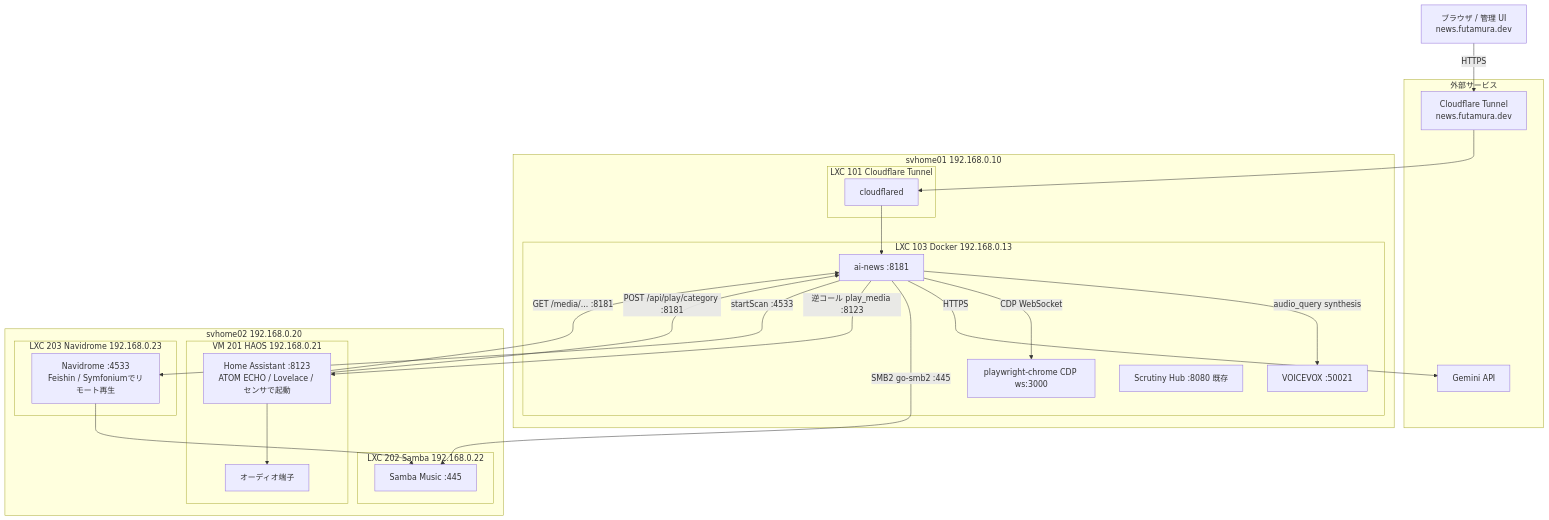
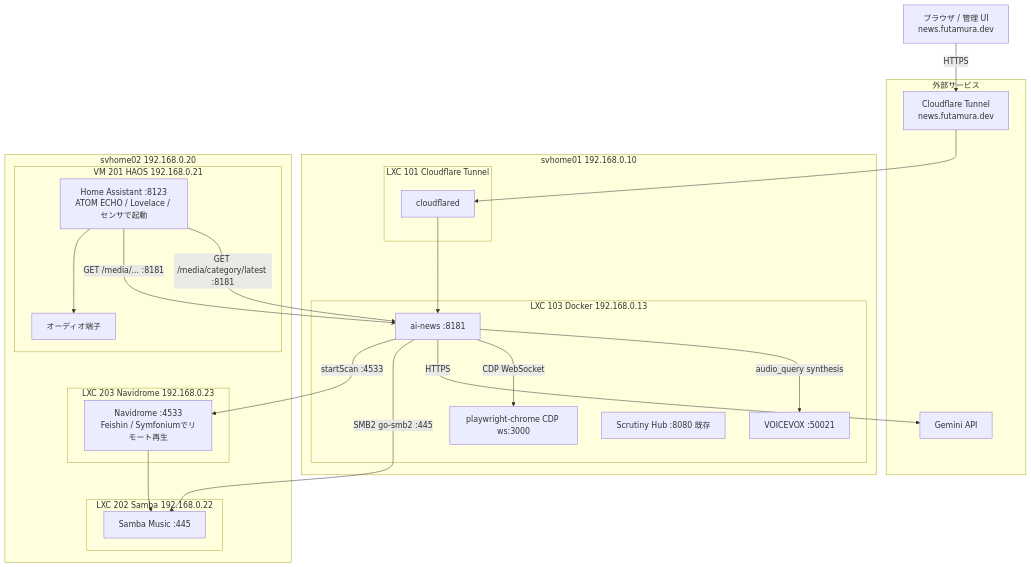
One commit to svhome01/ai-news changed the first of 13 diagrams in PLAN.md. Above: the diagram before and after it, drawn with Mermaid. The commit also changed other lines of this file, not shown here.

Commit message:
Refactor audio playback flow in PLAN.md to clarify Home Assistant integration and remove unnecessary API calls

````diff
--- a/PLAN.md
+++ b/PLAN.md
@@ -35,50 +35,49 @@
 ```mermaid
 flowchart TD
     CLIENT["ブラウザ / 管理 UI<br/>news.futamura.dev"]
 
     subgraph EXT[外部サービス]
         CF["Cloudflare Tunnel<br/>news.futamura.dev"]
         GEMINI[Gemini API]
     end
 
     subgraph SV1[svhome01 192.168.0.10]
         subgraph LXC101[LXC 101 Cloudflare Tunnel]
             CFD[cloudflared]
         end
         subgraph LXC103[LXC 103 Docker 192.168.0.13]
             AINEWS[ai-news :8181]
             VVX[VOICEVOX :50021]
             PWC[playwright-chrome CDP ws:3000]
             SCR[Scrutiny Hub :8080 既存]
         end
     end
 
     subgraph SV2[svhome02 192.168.0.20]
         subgraph VM201[VM 201 HAOS 192.168.0.21]
             HA["Home Assistant :8123<br/>ATOM ECHO / Lovelace / センサで起動"]
             SPK[オーディオ端子]
         end
         subgraph LXC202[LXC 202 Samba 192.168.0.22]
             SMB[Samba Music :445]
         end
         subgraph LXC203[LXC 203 Navidrome 192.168.0.23]
             NAVI["Navidrome :4533<br/>Feishin / Symfoniumでリモート再生"]
         end
     end
 
     CLIENT -->|HTTPS| CF
     CF --> CFD --> AINEWS
 
     AINEWS -->|audio_query synthesis| VVX
     AINEWS -->|CDP WebSocket| PWC
     AINEWS -->|HTTPS| GEMINI
     AINEWS -->|SMB2 go-smb2 :445| SMB
-    AINEWS -->|逆コール play_media :8123| HA
     AINEWS -->|startScan :4533| NAVI
 
-    HA -->|POST /api/play/category :8181| AINEWS
+    HA -->|GET /media/category/latest :8181| AINEWS
     HA -->|GET /media/... :8181| AINEWS
     HA --> SPK
 
     NAVI --> SMB
 ```
````
